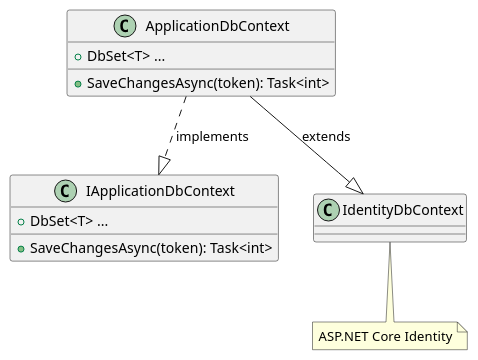
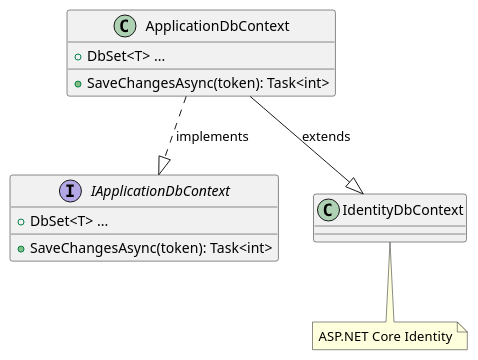
Before and after one commit to thanhkhac/SEP_Diagram: the diagram in common/IApplicationDbContext.puml, drawn with PlantUML. The commit also changed 11 other files, not shown here.

First line of the commit message:
Update authentication sequence diagrams and add SetPassword flow

```diff
--- a/common/IApplicationDbContext.puml
+++ b/common/IApplicationDbContext.puml
@@ -1,21 +1,21 @@
 @startuml
 class ApplicationDbContext {
     + SaveChangesAsync(token): Task<int>
     + DbSet<T> ...
 }
 
-class IApplicationDbContext {
+interface IApplicationDbContext {
     + SaveChangesAsync(token): Task<int>
     + DbSet<T> ...
 }
 
 class IdentityDbContext {
 }
 
 note bottom of IdentityDbContext
     ASP.NET Core Identity
 end note
 
 ApplicationDbContext --|> IdentityDbContext : extends
 ApplicationDbContext ..|> IApplicationDbContext: implements
 @enduml
```
